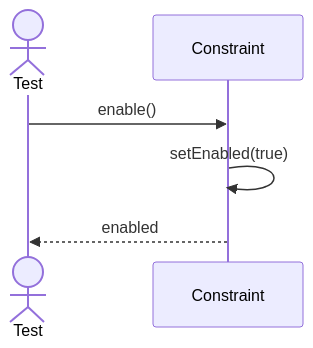
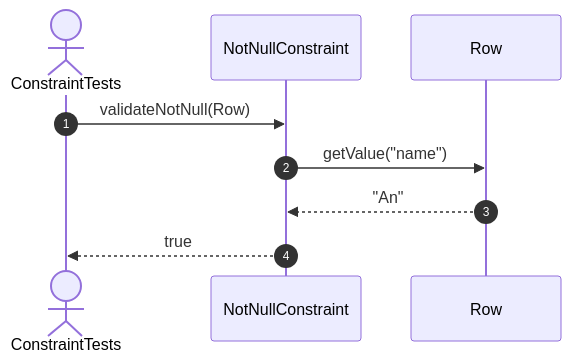
One commit to FhuAnn/-bbv-AN-s-DBMS changed the tenth of 16 diagrams in src/tests/unit/metadata/sequences/constraint-testing.se.md. Above: the diagram before and after it, drawn with Mermaid. The commit also changed other lines of this file and 60 other files, not shown here.

Commit message:
refactor data table, row, column, constraint, index test file

````diff
--- a/src/tests/unit/metadata/sequences/constraint-testing.se.md
+++ b/src/tests/unit/metadata/sequences/constraint-testing.se.md
@@ -191,11 +163,12 @@
 ```mermaid
 sequenceDiagram
-actor Test
-participant Constraint
+    autonumber
+    actor Test as ConstraintTests
+    participant NotNull as NotNullConstraint
+    participant Row as Row
 
-Test->>Constraint: enable()
-
-Constraint->>Constraint: setEnabled(true)
-
-Constraint-->>Test: enabled
+    Test->>NotNull: validateNotNull(Row)
+    NotNull->>Row: getValue("name")
+    Row-->>NotNull: "An"
+    NotNull-->>Test: true
 ```
````
